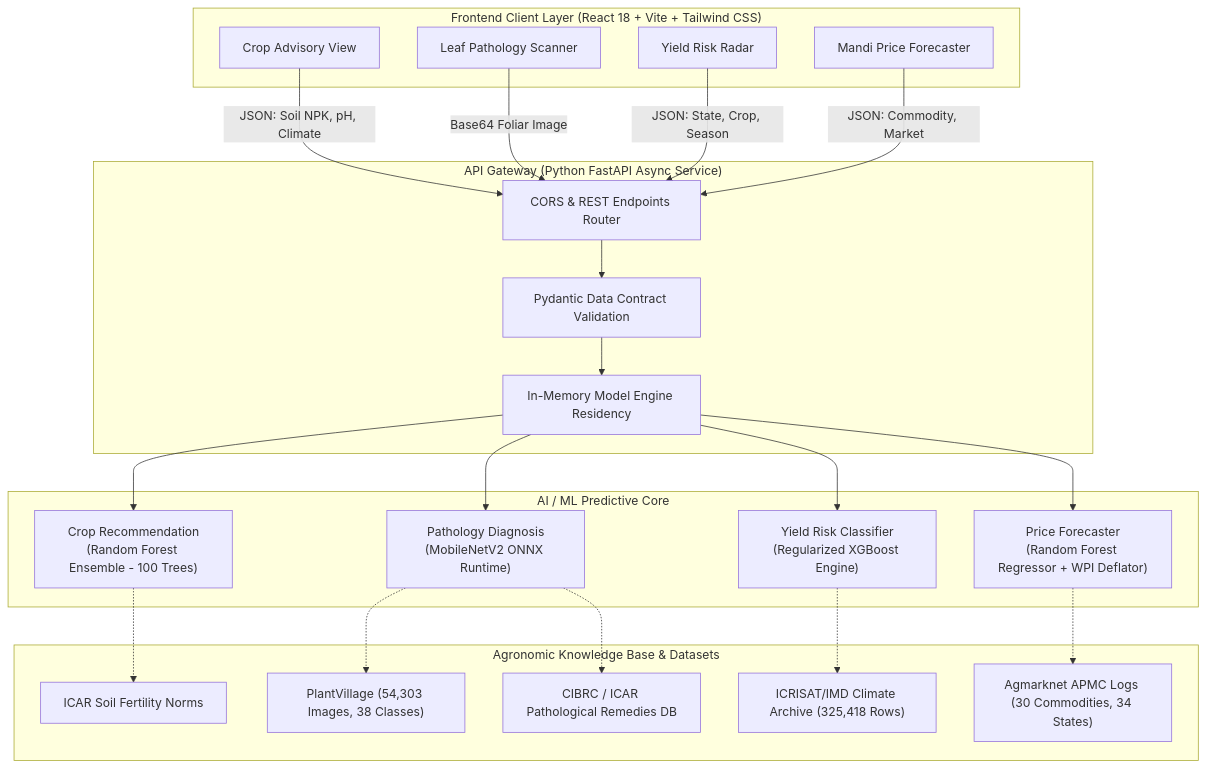
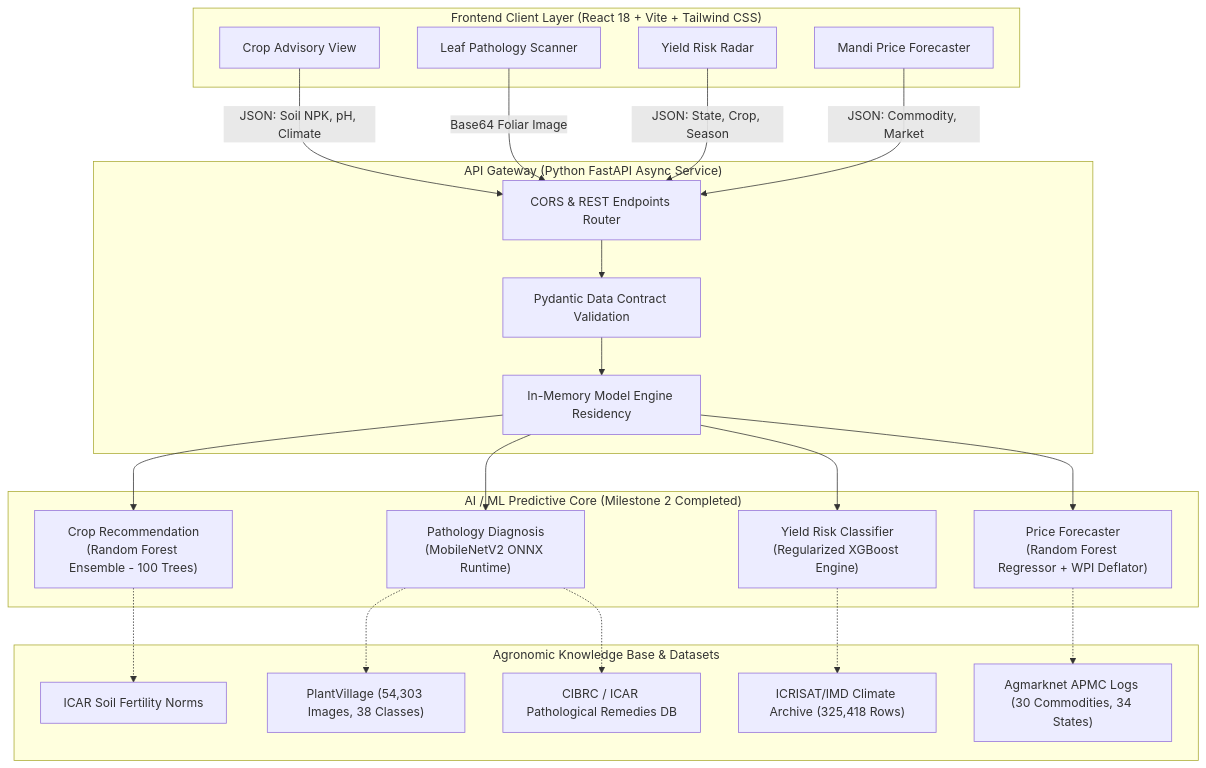
Before and after one commit to Shikhar-Kesharwani/sagri_final: the diagram in docs/SAGRI_MILESTONE_1_AND_2_REPORT.md, drawn with Mermaid. The commit also changed other lines of this file and 2 other files, not shown here.

Commit message:
docs: structure report strictly into phased milestones with milestone 3 in-progress for final defense

````diff
--- a/docs/SAGRI_MILESTONE_1_AND_2_REPORT.md
+++ b/docs/SAGRI_MILESTONE_1_AND_2_REPORT.md
@@ -124,48 +140,48 @@
 ```mermaid
 flowchart TD
     subgraph ClientLayer["Frontend Client Layer (React 18 + Vite + Tailwind CSS)"]
         UI_Crop["Crop Advisory View"]
         UI_Disease["Leaf Pathology Scanner"]
         UI_Risk["Yield Risk Radar"]
         UI_Price["Mandi Price Forecaster"]
     end
 
     subgraph APILayer["API Gateway (Python FastAPI Async Service)"]
         Router["CORS & REST Endpoints Router"]
         PydanticValidator["Pydantic Data Contract Validation"]
         ModelCache["In-Memory Model Engine Residency"]
     end
 
-    subgraph ModelLayer["AI / ML Predictive Core"]
+    subgraph ModelLayer["AI / ML Predictive Core (Milestone 2 Completed)"]
         M1["Crop Recommendation<br/>(Random Forest Ensemble - 100 Trees)"]
         M2["Pathology Diagnosis<br/>(MobileNetV2 ONNX Runtime)"]
         M3["Yield Risk Classifier<br/>(Regularized XGBoost Engine)"]
         M4["Price Forecaster<br/>(Random Forest Regressor + WPI Deflator)"]
     end
 
     subgraph DataLayer["Agronomic Knowledge Base & Datasets"]
         D1["ICAR Soil Fertility Norms"]
         D2["PlantVillage (54,303 Images, 38 Classes)"]
         D3["ICRISAT/IMD Climate Archive (325,418 Rows)"]
         D4["Agmarknet APMC Logs (30 Commodities, 34 States)"]
         D5["CIBRC / ICAR Pathological Remedies DB"]
     end
 
     UI_Crop -->|JSON: Soil NPK, pH, Climate| Router
     UI_Disease -->|Base64 Foliar Image| Router
     UI_Risk -->|JSON: State, Crop, Season| Router
     UI_Price -->|JSON: Commodity, Market| Router
 
     Router --> PydanticValidator
     PydanticValidator --> ModelCache
     ModelCache --> M1
     ModelCache --> M2
     ModelCache --> M3
     ModelCache --> M4
 
     M1 -.-> D1
     M2 -.-> D2
     M2 -.-> D5
     M3 -.-> D3
     M4 -.-> D4
 ```
````
